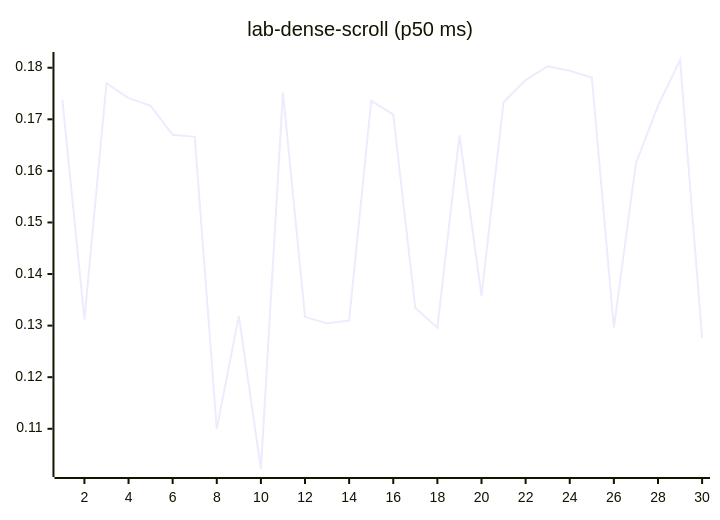
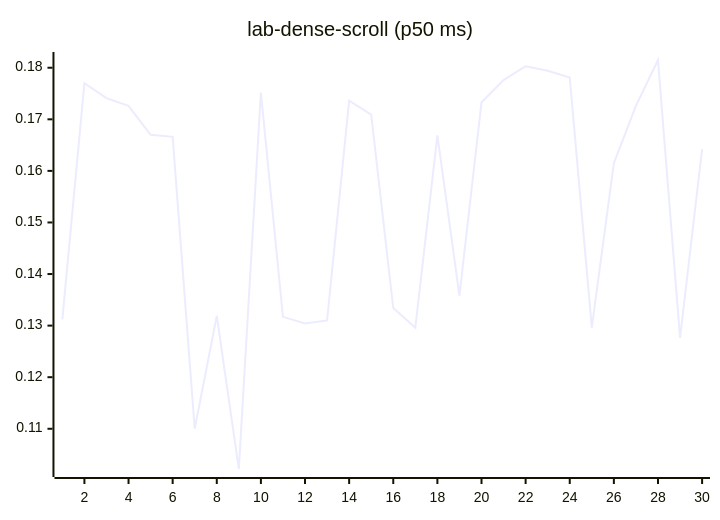
One commit to josha/Facet changed diagram 12 of 27 in README.md. Above: the diagram before and after it, drawn with Mermaid. The commit also changed other lines of this file and 2 other files, not shown here.

````diff
--- a/README.md
+++ b/README.md
@@ -140,6 +140,6 @@
 ```mermaid
 xychart-beta
     title "lab-dense-scroll (p50 ms)"
     x-axis 1 --> 30
-    line [0.1738, 0.1312, 0.1770, 0.1741, 0.1726, 0.1670, 0.1666, 0.1100, 0.1319, 0.1022, 0.1752, 0.1317, 0.1304, 0.1310, 0.1736, 0.1709, 0.1334, 0.1296, 0.1669, 0.1358, 0.1733, 0.1776, 0.1803, 0.1794, 0.1781, 0.1296, 0.1615, 0.1726, 0.1815, 0.1276]
+    line [0.1312, 0.1770, 0.1741, 0.1726, 0.1670, 0.1666, 0.1100, 0.1319, 0.1022, 0.1752, 0.1317, 0.1304, 0.1310, 0.1736, 0.1709, 0.1334, 0.1296, 0.1669, 0.1358, 0.1733, 0.1776, 0.1803, 0.1794, 0.1781, 0.1296, 0.1615, 0.1726, 0.1815, 0.1276, 0.1642]
 ```
````
